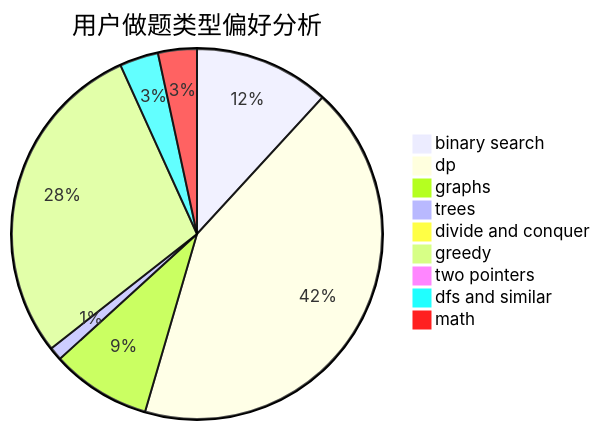
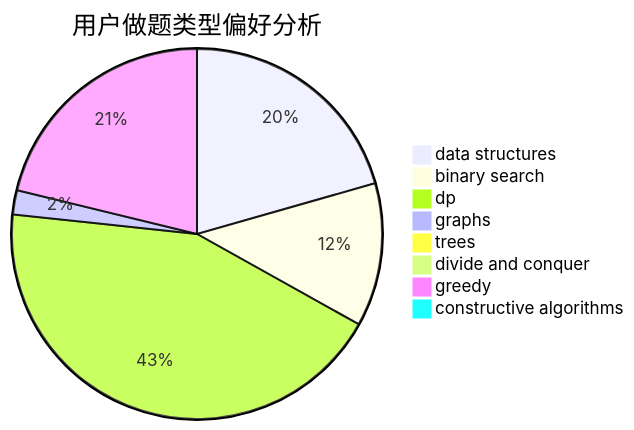
One commit to sherpahu/cfrs.github.io changed the second of 3 diagrams in docs/user/u833.md. Above: the diagram before and after it, drawn with Mermaid. The commit also changed other lines of this file and 2775 other files, not shown here.

````diff
--- a/docs/user/u833.md
+++ b/docs/user/u833.md
@@ -23,12 +23,11 @@
 ```mermaid
 pie title 用户做题类型偏好分析
-    "binary search" :  213
-    "dp" :  769
-    "graphs" :  157
-    "trees" :  21
-    "divide and conquer" :  6
-    "greedy" :  519
-    "two pointers" :  15
-    "dfs and similar" :  61
-    "math" :  61
+    "data structures" :  332
+    "binary search" :  202
+    "dp" :  703
+    "graphs" :  34
+    "trees" :  13
+    "divide and conquer" :  0
+    "greedy" :  342
+    "constructive algorithms" :  13
 ```
````
